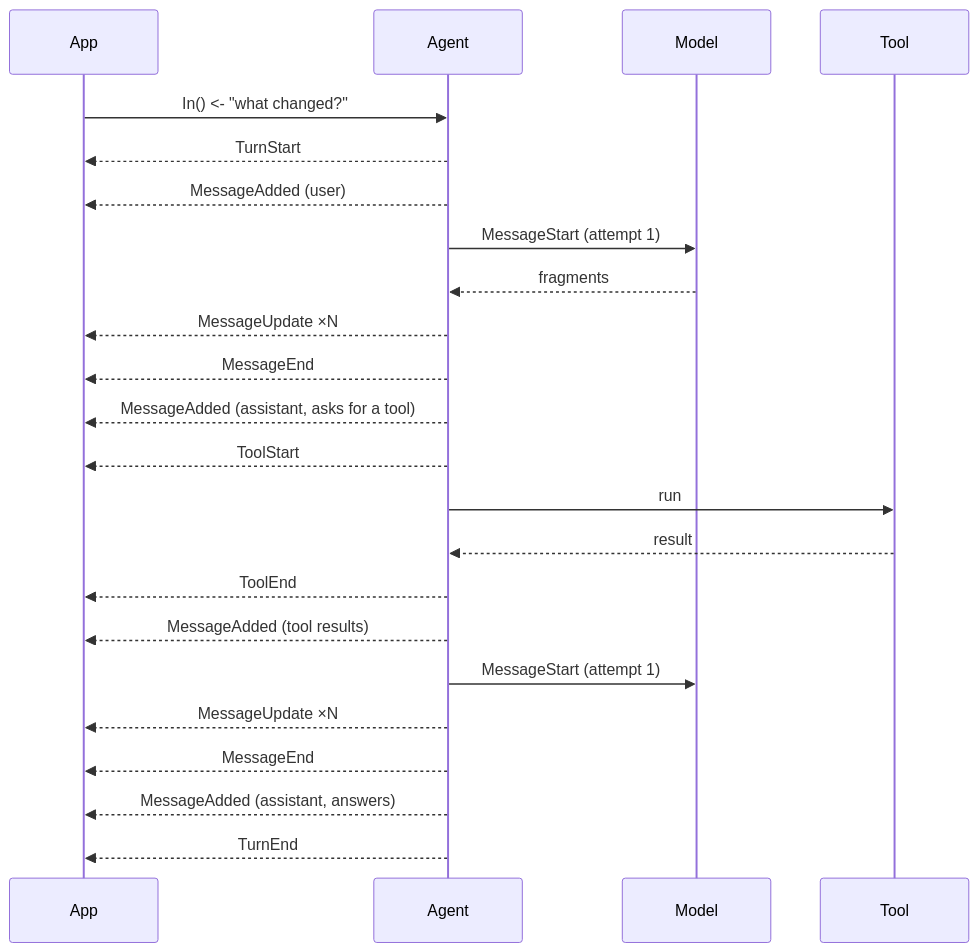
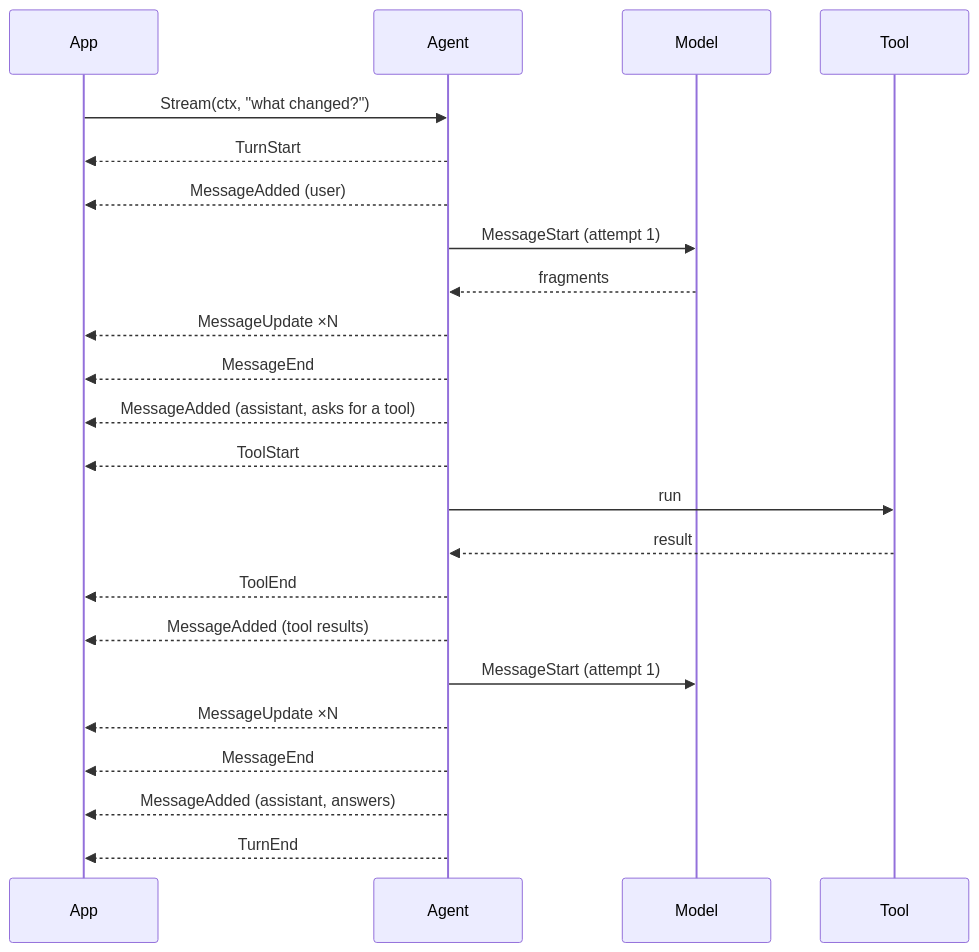
One commit to genai-io/sdk-go changed the third of 5 diagrams in docs/agent.md. Above: the diagram before and after it, drawn with Mermaid. The commit also changed other lines of this file and 3 other files, not shown here.

````diff
--- a/docs/agent.md
+++ b/docs/agent.md
@@ -119,26 +123,26 @@
 ```mermaid
 sequenceDiagram
     participant App
     participant Agent
     participant Model
     participant Tool
 
-    App->>Agent: In() <- "what changed?"
+    App->>Agent: Stream(ctx, "what changed?")
     Agent-->>App: TurnStart
     Agent-->>App: MessageAdded (user)
     Agent->>Model: MessageStart (attempt 1)
     Model-->>Agent: fragments
     Agent-->>App: MessageUpdate ×N
     Agent-->>App: MessageEnd
     Agent-->>App: MessageAdded (assistant, asks for a tool)
     Agent-->>App: ToolStart
     Agent->>Tool: run
     Tool-->>Agent: result
     Agent-->>App: ToolEnd
     Agent-->>App: MessageAdded (tool results)
     Agent->>Model: MessageStart (attempt 1)
     Agent-->>App: MessageUpdate ×N
     Agent-->>App: MessageEnd
     Agent-->>App: MessageAdded (assistant, answers)
     Agent-->>App: TurnEnd
 ```
````
